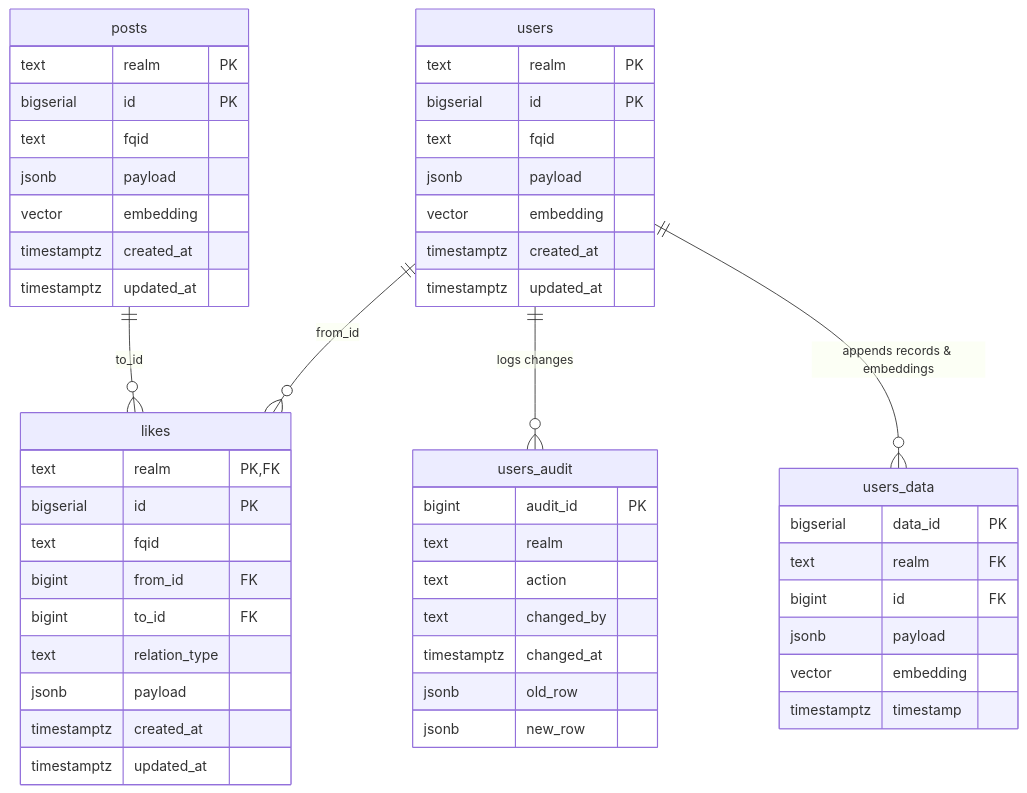
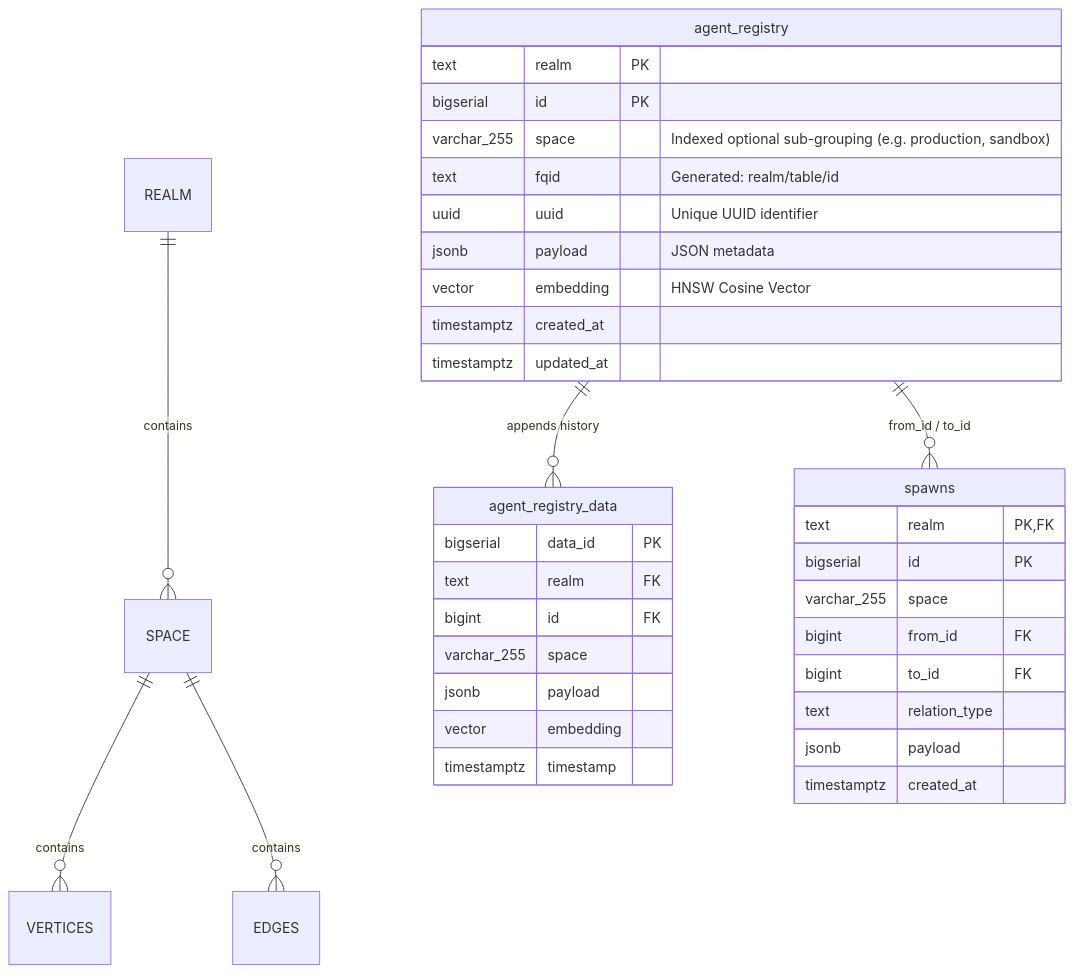
Before and after one commit to crajah/post-graph: the diagram in README.md, drawn with Mermaid. The commit also changed other lines of this file and 6 other files, not shown here.

Commit message:
feat: introduce space partitioning for vertices and audit logs with multi-tenancy support

````diff
--- a/README.md
+++ b/README.md
@@ -76,54 +79,42 @@
 ```mermaid
 erDiagram
-    users {
+    REALM ||--o{ SPACE : contains
+    SPACE ||--o{ VERTICES : contains
+    SPACE ||--o{ EDGES : contains
+
+    agent_registry {
         text realm PK
         bigserial id PK
-        text fqid
-        jsonb payload
-        vector embedding
+        varchar_255 space "Indexed optional sub-grouping (e.g. production, sandbox)"
+        text fqid "Generated: realm/table/id"
+        uuid uuid "Unique UUID identifier"
+        jsonb payload "JSON metadata"
+        vector embedding "HNSW Cosine Vector"
         timestamptz created_at
         timestamptz updated_at
     }
-    posts {
-        text realm PK
-        bigserial id PK
-        text fqid
+
+    agent_registry_data {
+        bigserial data_id PK
+        text realm FK
+        bigint id FK
+        varchar_255 space
         jsonb payload
         vector embedding
-        timestamptz created_at
-        timestamptz updated_at
+        timestamptz timestamp
     }
-    likes {
+
+    spawns {
         text realm PK, FK
         bigserial id PK
-        text fqid
+        varchar_255 space
         bigint from_id FK
         bigint to_id FK
         text relation_type
         jsonb payload
         timestamptz created_at
-        timestamptz updated_at
-    }
-    users_audit {
-        bigint audit_id PK
-        text realm
-        text action
-        text changed_by
-        timestamptz changed_at
-        jsonb old_row
-        jsonb new_row
-    }
-    users_data {
-        bigserial data_id PK
-        text realm FK
-        bigint id FK
-        jsonb payload
-        vector embedding
-        timestamptz timestamp
     }
 
-    users ||--o{ likes : "from_id"
-    posts ||--o{ likes : "to_id"
-    users ||--o{ users_audit : "logs changes"
-    users ||--o{ users_data : "appends records & embeddings"
+    agent_registry ||--o{ agent_registry_data : "appends history"
+    agent_registry ||--o{ spawns : "from_id / to_id"
 ```
````
